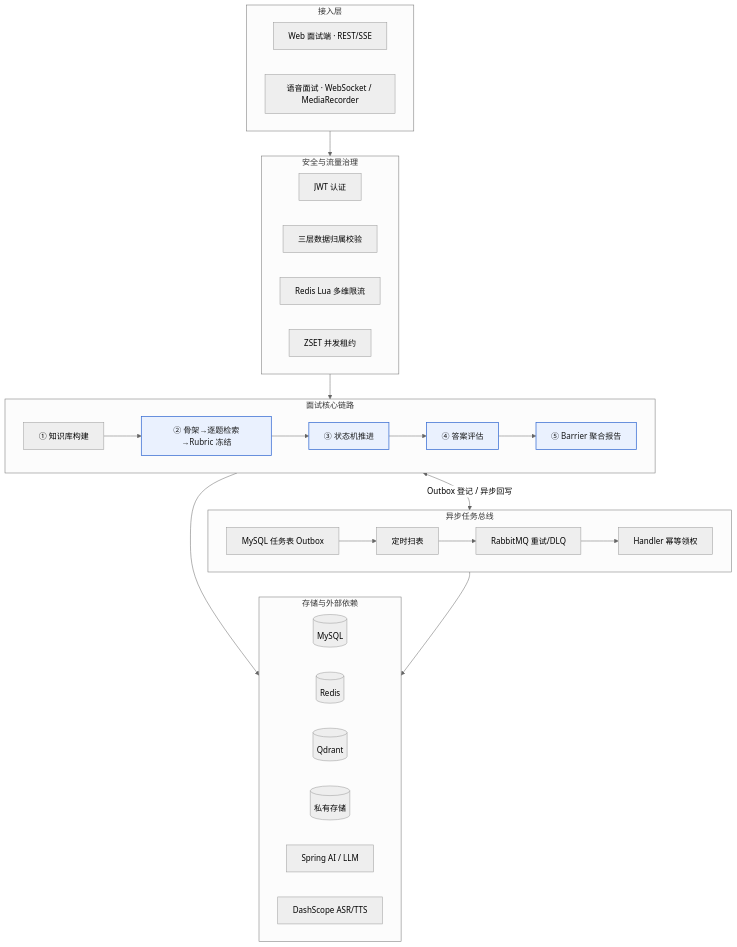
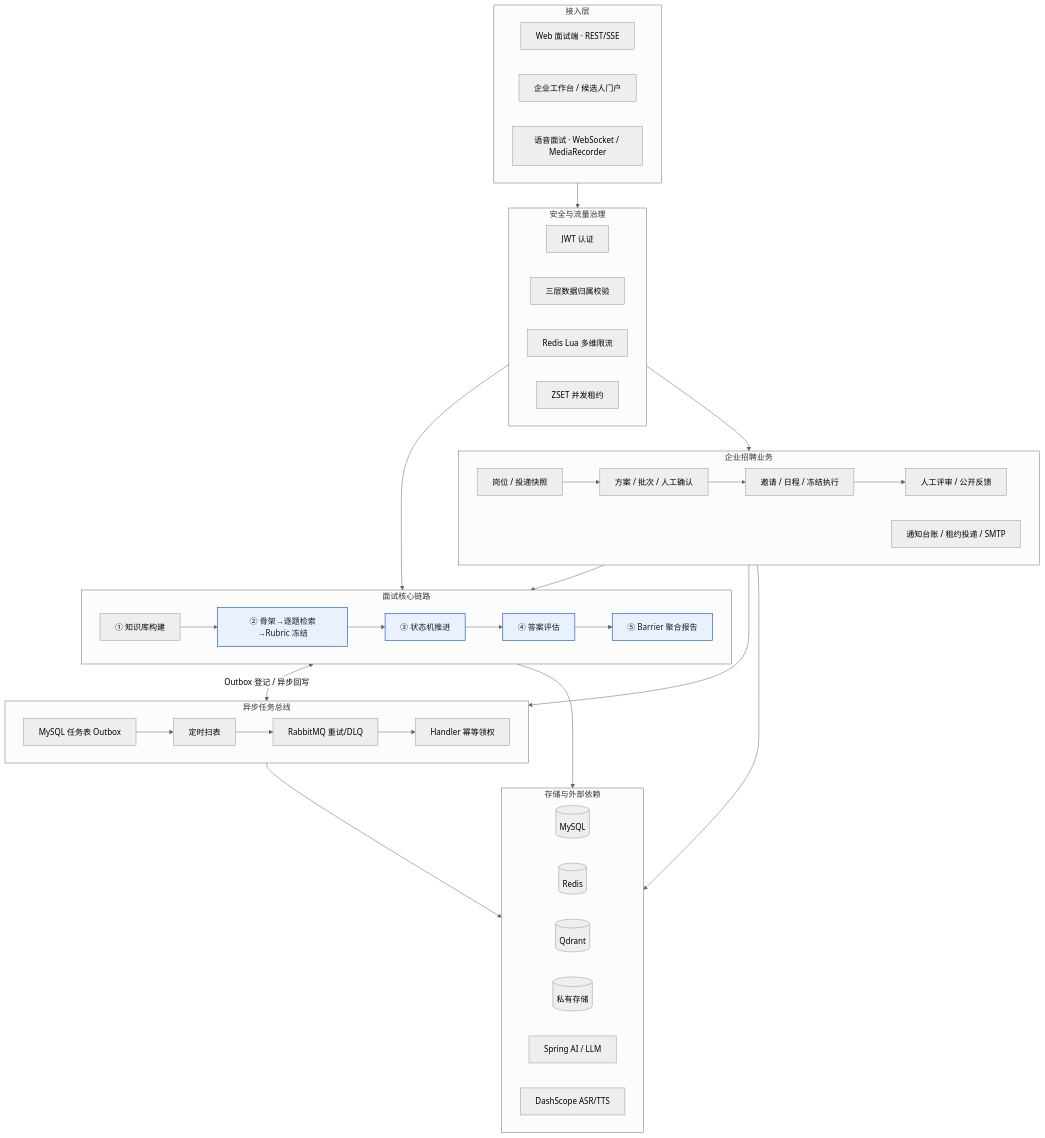
The second of 2 diagrams in README.md (baiyun689/interview-pilot), drawn with Mermaid (neutral theme) before and after one commit. The commit also changed other lines of this file and 178 other files, not shown here.

````diff
--- a/README.md
+++ b/README.md
@@ -9,44 +36,55 @@
 ```mermaid
 flowchart TB
     subgraph L1["接入层"]
         direction LR
         WEB["Web 面试端 · REST/SSE"]
+        HIRING["企业工作台 / 候选人门户"]
         VOICE["语音面试 · WebSocket / MediaRecorder"]
     end
 
     subgraph L2["安全与流量治理"]
         direction LR
         JWT["JWT 认证"]
         OWN["三层数据归属校验"]
         LUA["Redis Lua 多维限流"]
         LEASE["ZSET 并发租约"]
     end
 
     subgraph L3["面试核心链路"]
         direction LR
         KB["① 知识库构建"] --> GEN["② 骨架→逐题检索→Rubric 冻结"] --> FLOW["③ 状态机推进"] --> EVAL["④ 答案评估"] --> RPT["⑤ Barrier 聚合报告"]
+    end
+
+    subgraph HR["企业招聘业务"]
+        direction LR
+        JOB["岗位 / 投递快照"] --> BATCH["方案 / 批次 / 人工确认"] --> INVITE["邀请 / 日程 / 冻结执行"] --> REVIEW["人工评审 / 公开反馈"]
+        NOTICE["通知台账 / 租约投递 / SMTP"]
     end
 
     subgraph L4["异步任务总线"]
         direction LR
         TASK["MySQL 任务表 Outbox"] --> SCAN["定时扫表"] --> MQ["RabbitMQ 重试/DLQ"] --> HDL["Handler 幂等领权"]
     end
 
     subgraph L5["存储与外部依赖"]
         direction LR
         DB[("MySQL")]
         RDS[("Redis")]
         VDB[("Qdrant")]
         FS[("私有存储")]
         LLM["Spring AI / LLM"]
         TTS["DashScope ASR/TTS"]
     end
 
     L1 --> L2 --> L3
+    L2 --> HR
+    HR --> L3
+    HR --> L4
+    HR --> L5
     L3 <-->|"Outbox 登记 / 异步回写"| L4
     L3 --> L5
     L4 --> L5
 
     classDef core fill:#EAF1FE,stroke:#3B6FD4,stroke-width:1.5px,color:#1A1B1C;
     class GEN,FLOW,EVAL,RPT core;
 ```
````
